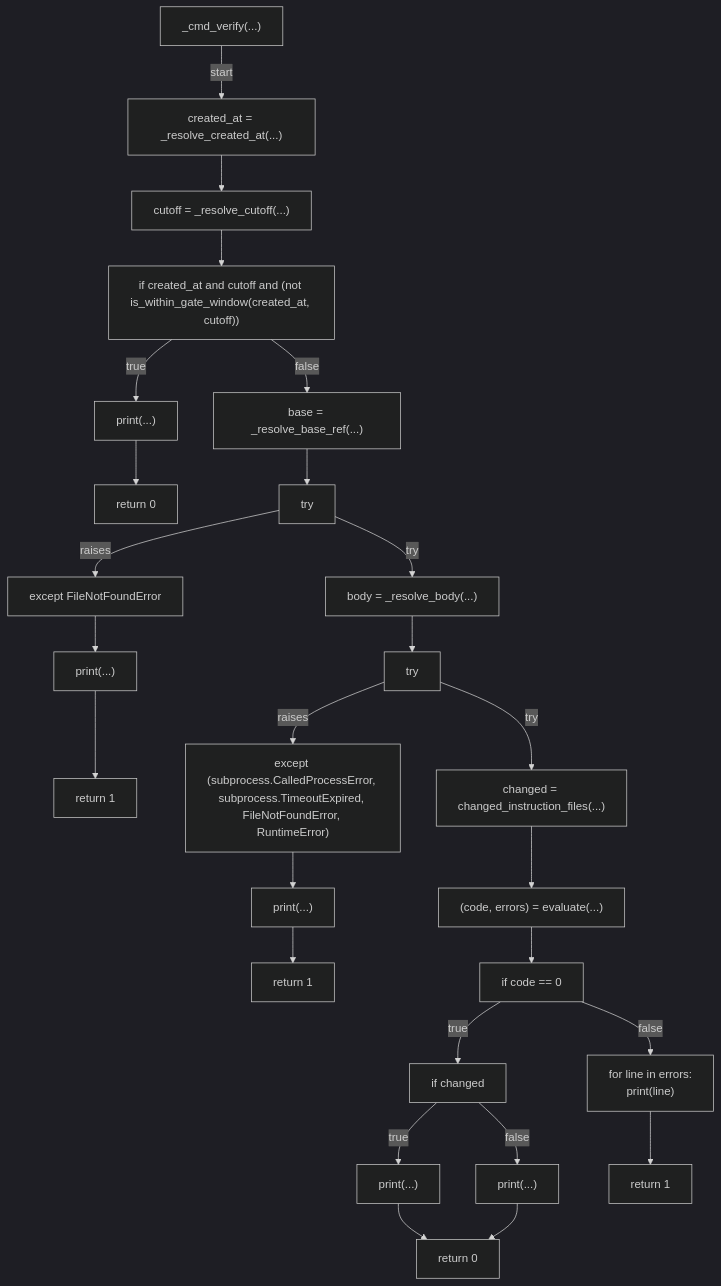
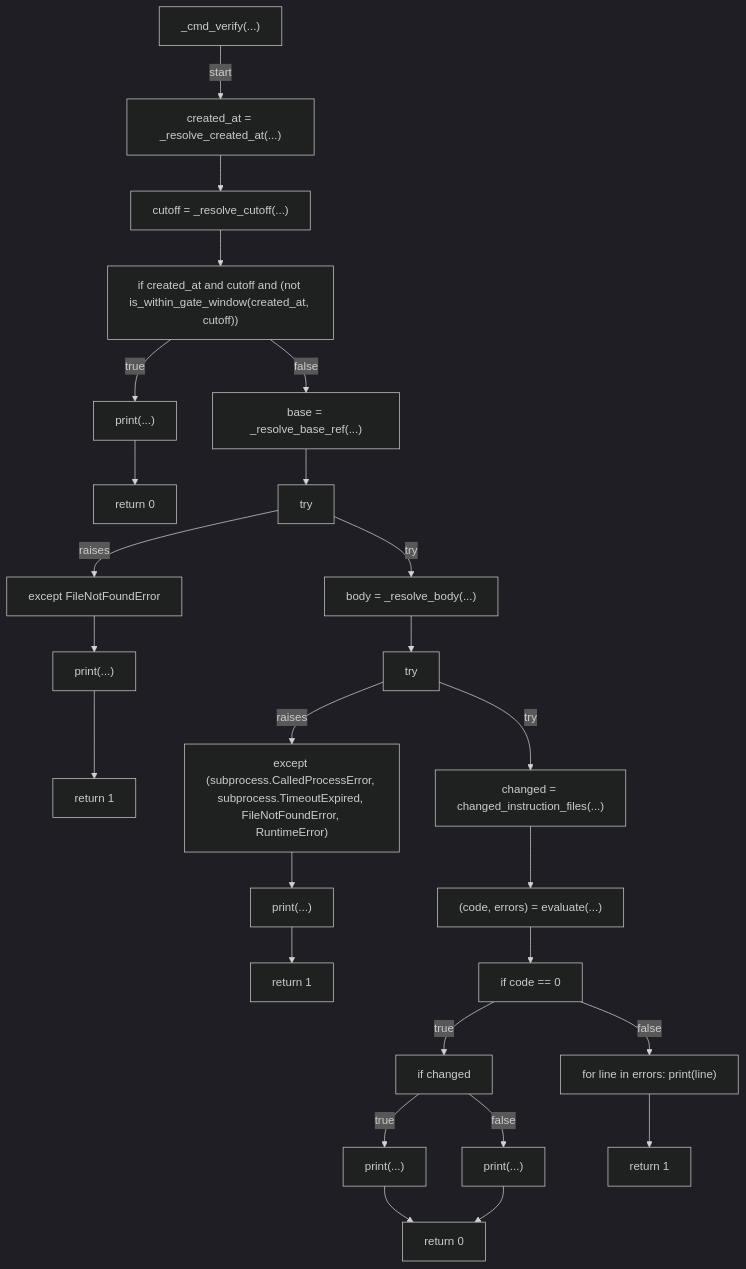
One commit to tvna/claude-md changed the tenth of 12 diagrams in docs/generated/scripts/ast/verify_text_delta_section.md. Above: the diagram before and after it, drawn with Mermaid (dark theme). The commit also changed 15 other files, not shown here.

First line of the commit message:
docs(generated): regenerate decision tree and workflow diagrams (batch 5/5)

````diff
--- a/docs/generated/scripts/ast/verify_text_delta_section.md
+++ b/docs/generated/scripts/ast/verify_text_delta_section.md
@@ -157,54 +157,53 @@
 ```mermaid
 flowchart TD
     N001["_cmd_verify(...)"]
     N002["created_at = _resolve_created_at(...)"]
     N003["cutoff = _resolve_cutoff(...)"]
     N004["if created_at and cutoff and (not is_within_gate_window(created_at, cutoff))"]
     N005["print(...)"]
     N006["return 0"]
     N007["base = _resolve_base_ref(...)"]
     N008["try"]
     N009["body = _resolve_body(...)"]
     N010["except FileNotFoundError"]
     N011["print(...)"]
     N012["return 1"]
     N013["try"]
     N014["changed = changed_instruction_files(...)"]
     N015["except (subprocess.CalledProcessError, subprocess.TimeoutExpired, FileNotFoundError, RuntimeError)"]
     N016["print(...)"]
     N017["return 1"]
     N018["(code, errors) = evaluate(...)"]
     N019["if code == 0"]
     N020["if changed"]
     N021["print(...)"]
     N022["print(...)"]
     N023["return 0"]
-    N024["for line in errors:
-    print(line)"]
+    N024["for line in errors:     print(line)"]
     N025["return 1"]
     N001 -->|"start"| N002
     N002 --> N003
     N003 --> N004
     N004 -->|"true"| N005
     N005 --> N006
     N004 -->|"false"| N007
     N007 --> N008
     N008 -->|"try"| N009
     N008 -->|"raises"| N010
     N010 --> N011
     N011 --> N012
     N009 --> N013
     N013 -->|"try"| N014
     N013 -->|"raises"| N015
     N015 --> N016
     N016 --> N017
     N014 --> N018
     N018 --> N019
     N019 -->|"true"| N020
     N020 -->|"true"| N021
     N020 -->|"false"| N022
     N021 --> N023
     N022 --> N023
     N019 -->|"false"| N024
     N024 --> N025
 ```
````
